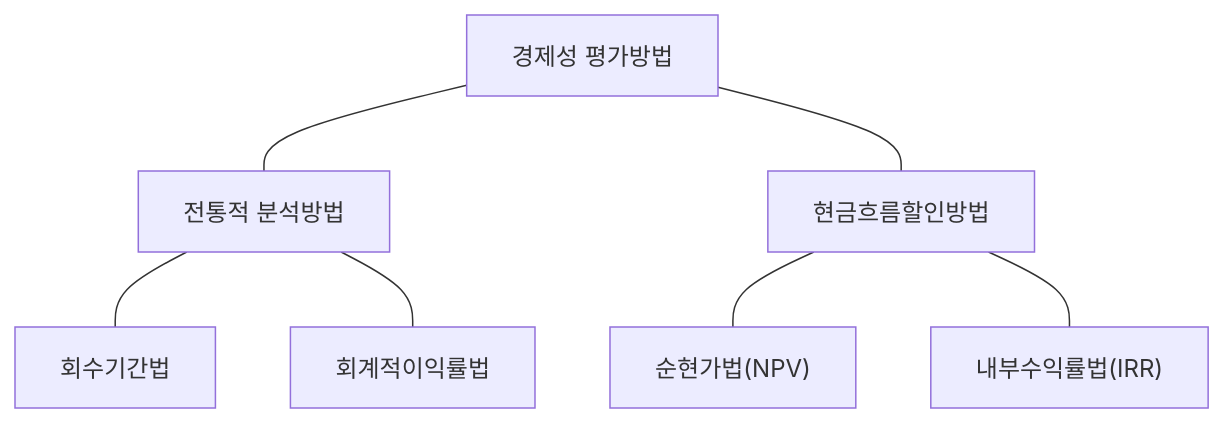
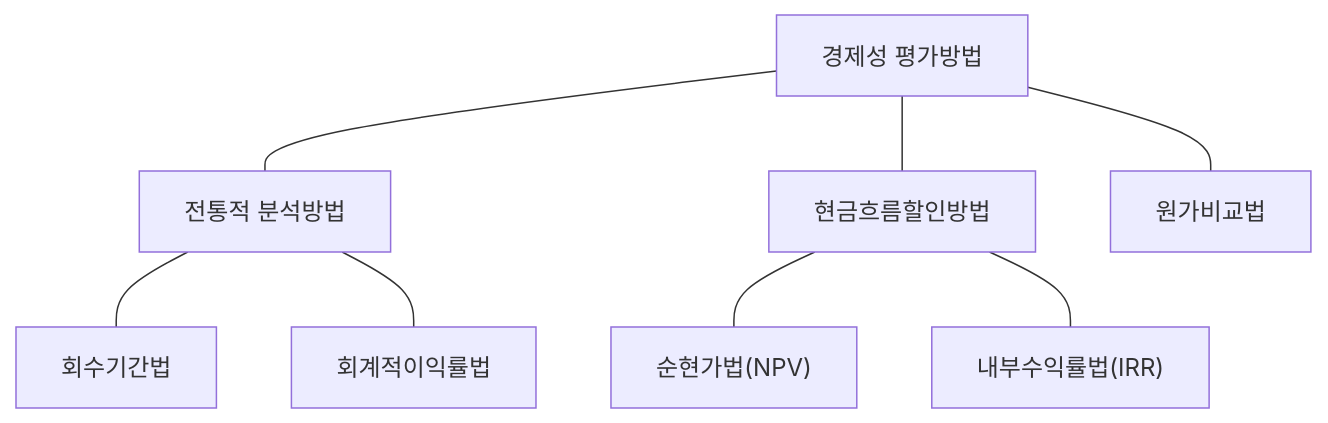
Before and after one commit to yeonkyupark/PEPC: diagram 11 of 12 in 6-4.경영과학(OR).qmd, drawn with Mermaid. The commit also changed other lines of this file, not shown here.

````diff
--- a/6-4.경영과학(OR).qmd
+++ b/6-4.경영과학(OR).qmd
@@ -1233,14 +1214,15 @@
 ```{mermaid}
 flowchart TB
 0[경제성 평가방법]
 11[전통적 분석방법]
 12[현금흐름할인방법]
+13[원가비교법]
 21[회수기간법]
 22[회계적이익률법]
 23["순현가법(NPV)"]
 24["내부수익률법(IRR)"]
 
-0 --- 11 & 12
+0 --- 11 & 12 & 13
 11 --- 21 & 22
 12 --- 23 & 24
 ```
````
